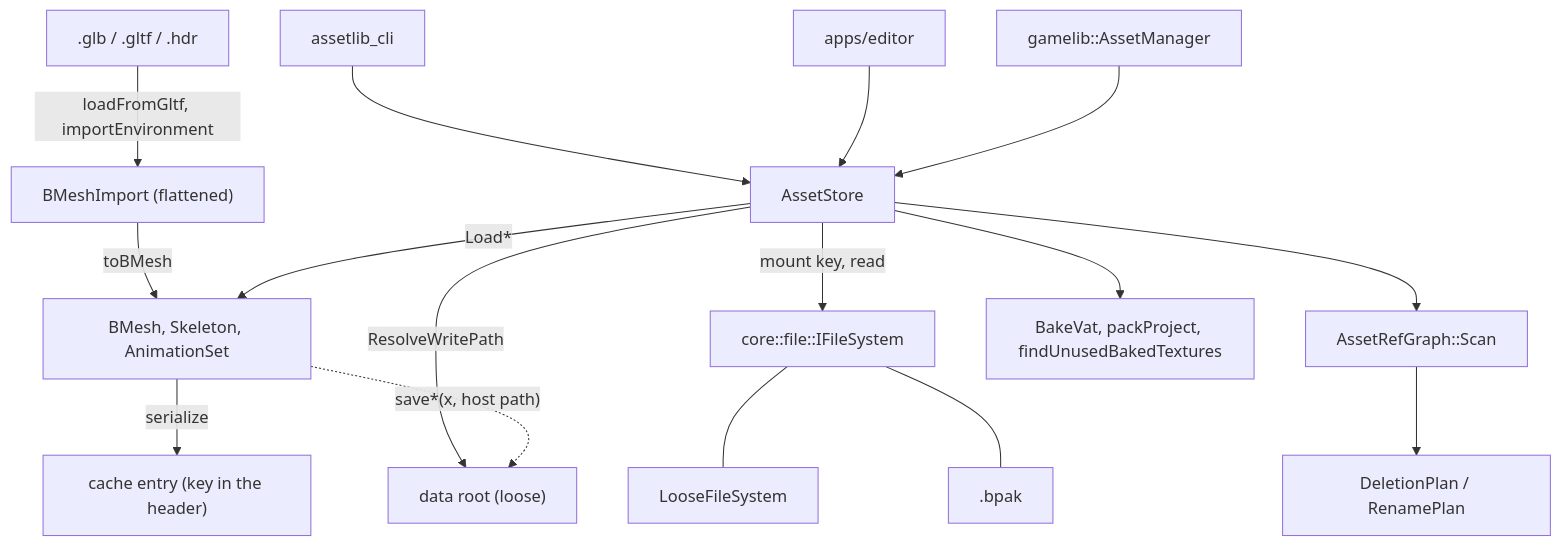
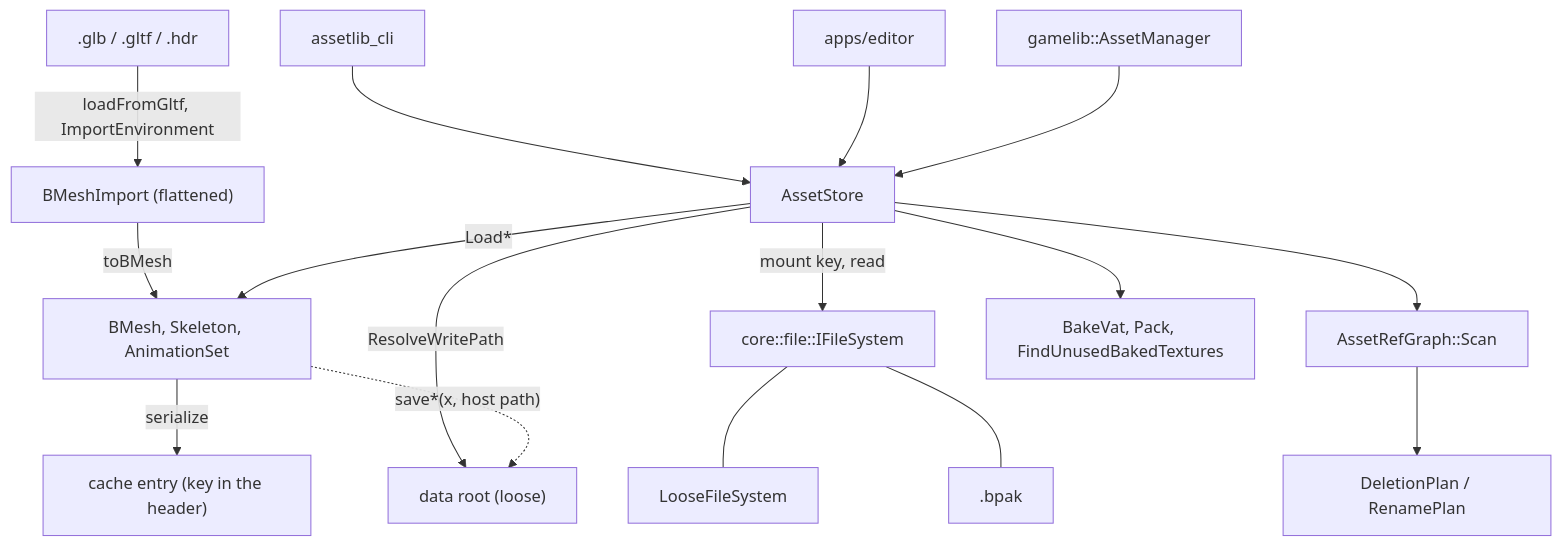
Before and after one commit to alexjiang200407/bernini: the diagram in docs/assetlib_api.md, drawn with Mermaid. The commit also changed other lines of this file and 80 other files, not shown here.

````diff
--- a/docs/assetlib_api.md
+++ b/docs/assetlib_api.md
@@ -133,22 +133,22 @@
 ```mermaid
 flowchart TD
-    GLTF[".glb / .gltf / .hdr"] -- "loadFromGltf, importEnvironment" --> IMP["BMeshImport (flattened)"]
+    GLTF[".glb / .gltf / .hdr"] -- "loadFromGltf, ImportEnvironment" --> IMP["BMeshImport (flattened)"]
     IMP -- "toBMesh" --> POD["BMesh, Skeleton, AnimationSet"]
     POD -- "serialize" --> C["cache entry (key in the header)"]
 
     STORE["AssetStore"] -- "mount key, read" --> FS["core::file::IFileSystem"]
     STORE -- "ResolveWritePath" --> ROOT["data root (loose)"]
     FS --- LOOSE["LooseFileSystem"]
     FS --- PAK[".bpak"]
 
     STORE -- "Load*" --> POD
     POD -. "save*(x, host path)" .-> ROOT
 
     STORE --> GRAPH["AssetRefGraph::Scan"]
     GRAPH --> PLAN["DeletionPlan / RenamePlan"]
-    STORE --> BAKE["BakeVat, packProject, findUnusedBakedTextures"]
+    STORE --> BAKE["BakeVat, Pack, FindUnusedBakedTextures"]
 
     CLI["assetlib_cli"] --> STORE
     ED["apps/editor"] --> STORE
     GL["gamelib::AssetManager"] --> STORE
 ```
````
